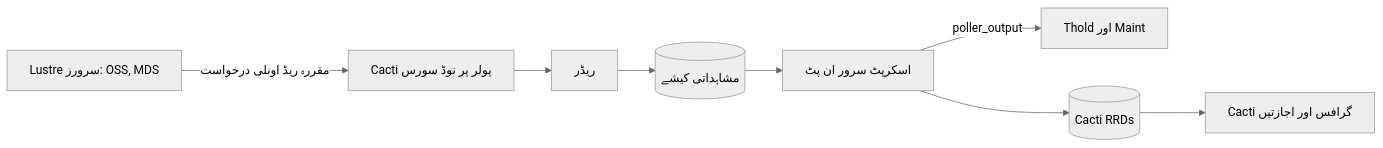
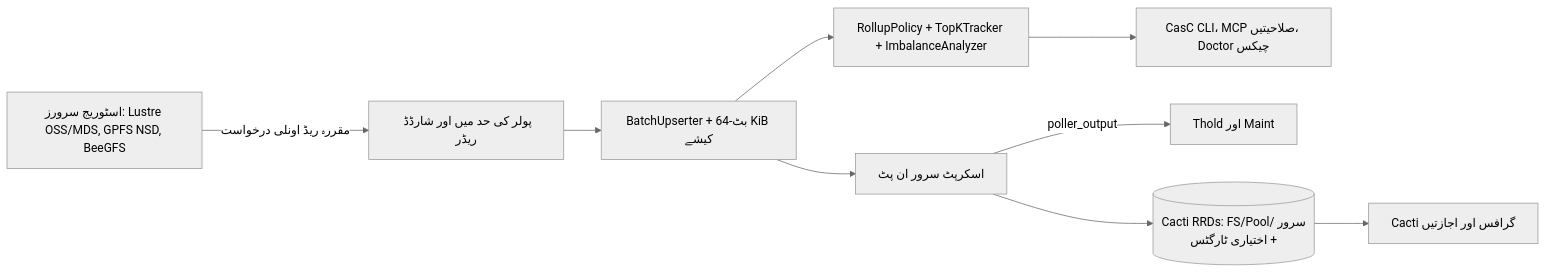
The diagram in docs/i18n/ur-PK/README.md (somethingwithproof/plugin_pfs), drawn with Mermaid (neutral theme) before and after one commit. The commit also changed other lines of this file and 47 other files, not shown here.

````diff
--- a/docs/i18n/ur-PK/README.md
+++ b/docs/i18n/ur-PK/README.md
@@ -73,10 +81,11 @@
 ```mermaid
 flowchart LR
-    N["Lustre سرورز: OSS, MDS"] -->|"مقررہ ریڈ اونلی درخواست"| S["Cacti پولر پر نوڈ سورس"]
-    S --> R["ریڈر"]
-    R --> C[("مشاہداتی کیشے")]
-    C --> SS["اسکرپٹ سرور ان پٹ"]
+    N["اسٹوریج سرورز: Lustre OSS/MDS, GPFS NSD, BeeGFS"] -->|"مقررہ ریڈ اونلی درخواست"| S["پولر کی حد میں اور شارڈڈ ریڈر"]
+    S --> B["BatchUpserter + 64-بٹ KiB کیشے"]
+    B --> R["RollupPolicy + TopKTracker + ImbalanceAnalyzer"]
+    B --> SS["اسکرپٹ سرور ان پٹ"]
+    R --> ECO["CasC CLI، MCP صلاحیتیں، Doctor چیکس"]
     SS -->|"poller_output"| T["Thold اور Maint"]
-    SS --> RRD[("Cacti RRDs")]
+    SS --> RRD[("Cacti RRDs: FS/Pool/سرور + اختیاری ٹارگٹس")]
     RRD --> G["Cacti گرافس اور اجازتیں"]
 ```
````
